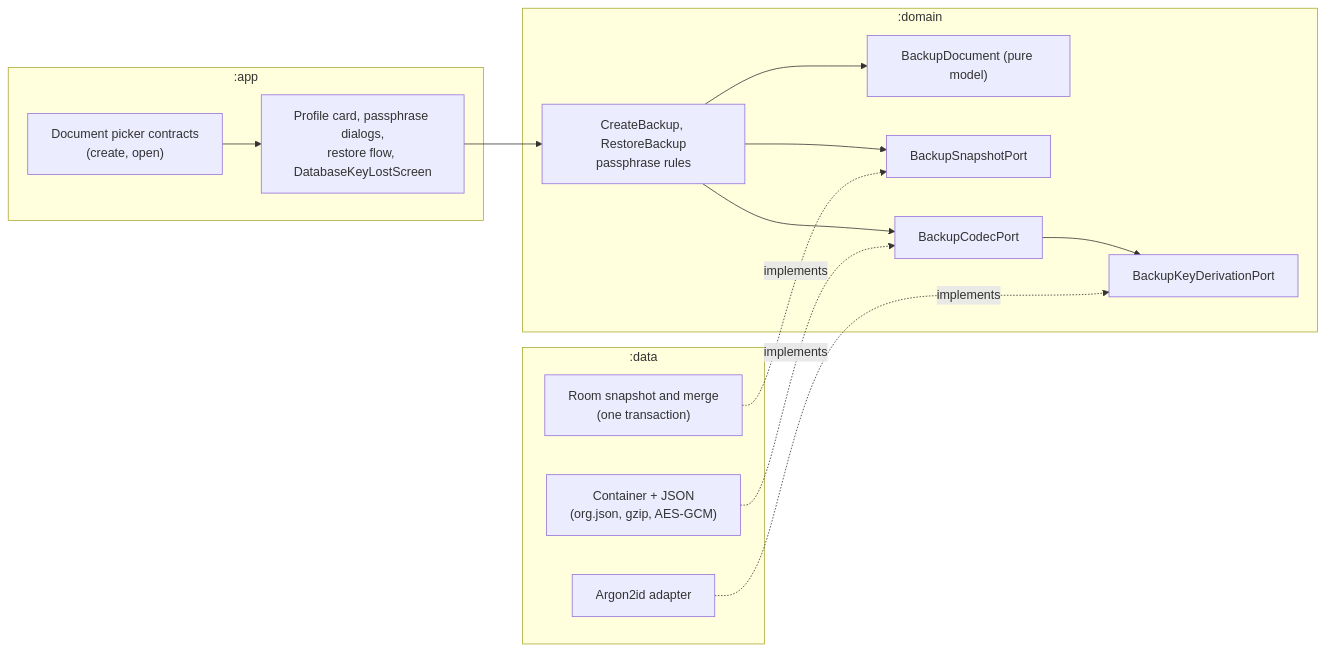
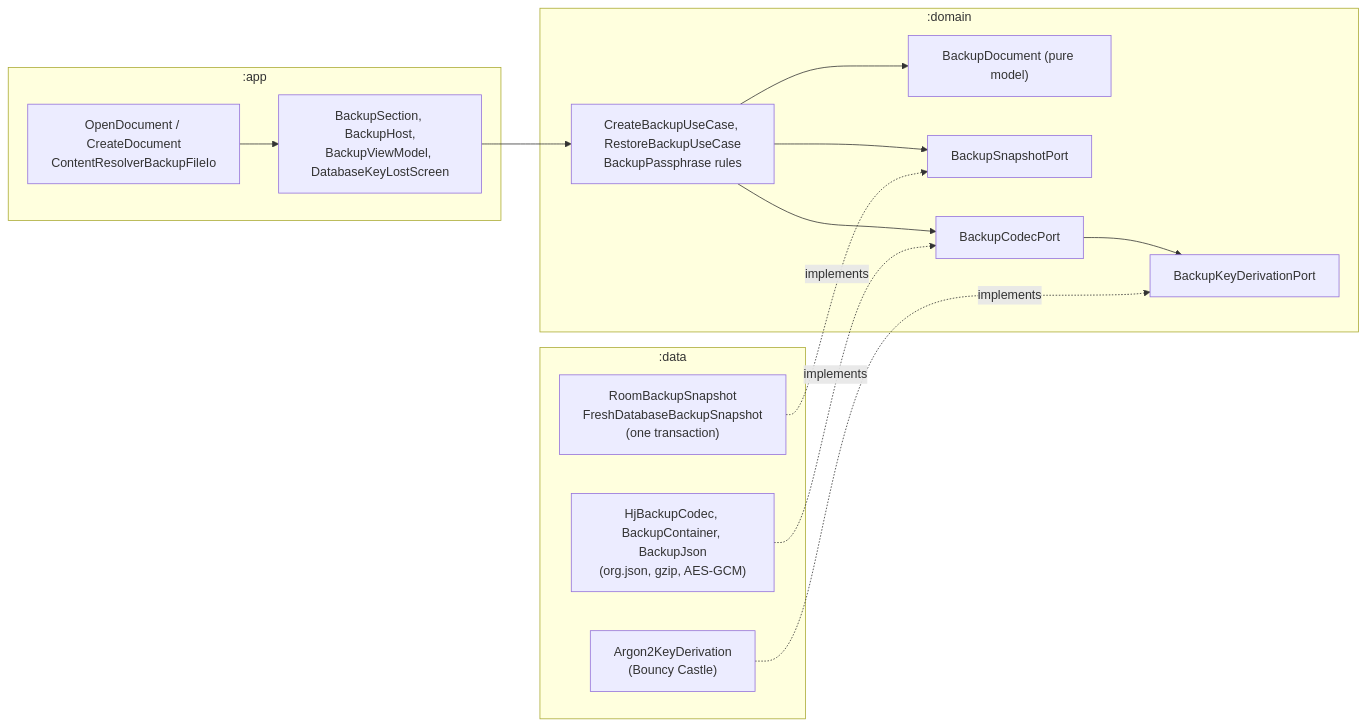
The second of 5 diagrams in docs/dev/backup.md (mannetje/health_journal), drawn with Mermaid before and after one commit. The commit also changed other lines of this file and 16 other files, not shown here.

Commit message:
docs: backup shipped; README, roadmap, CHANGELOG, dev docs updated, specs merged and the change archived

````diff
--- a/docs/dev/backup.md
+++ b/docs/dev/backup.md
@@ -48,28 +48,28 @@
 ```mermaid
 flowchart LR
     subgraph app[":app"]
-        UI["Profile card, passphrase dialogs,<br/>restore flow, DatabaseKeyLostScreen"]
-        PICK["Document picker contracts<br/>(create, open)"]
+        UI["BackupSection, BackupHost,<br/>BackupViewModel, DatabaseKeyLostScreen"]
+        PICK["OpenDocument / CreateDocument<br/>ContentResolverBackupFileIo"]
     end
     subgraph domain[":domain"]
-        UC["CreateBackup, RestoreBackup<br/>passphrase rules"]
+        UC["CreateBackupUseCase, RestoreBackupUseCase<br/>BackupPassphrase rules"]
         MODEL["BackupDocument (pure model)"]
         P1["BackupSnapshotPort"]
         P2["BackupCodecPort"]
         P3["BackupKeyDerivationPort"]
     end
     subgraph data[":data"]
-        SNAP["Room snapshot and merge<br/>(one transaction)"]
-        CODEC["Container + JSON<br/>(org.json, gzip, AES-GCM)"]
-        KDF["Argon2id adapter"]
+        SNAP["RoomBackupSnapshot<br/>FreshDatabaseBackupSnapshot<br/>(one transaction)"]
+        CODEC["HjBackupCodec, BackupContainer, BackupJson<br/>(org.json, gzip, AES-GCM)"]
+        KDF["Argon2KeyDerivation<br/>(Bouncy Castle)"]
     end
     UI --> UC
     PICK --> UI
     UC --> MODEL
     UC --> P1
     UC --> P2
     P2 --> P3
     SNAP -. implements .-> P1
     CODEC -. implements .-> P2
     KDF -. implements .-> P3
 ```
````
